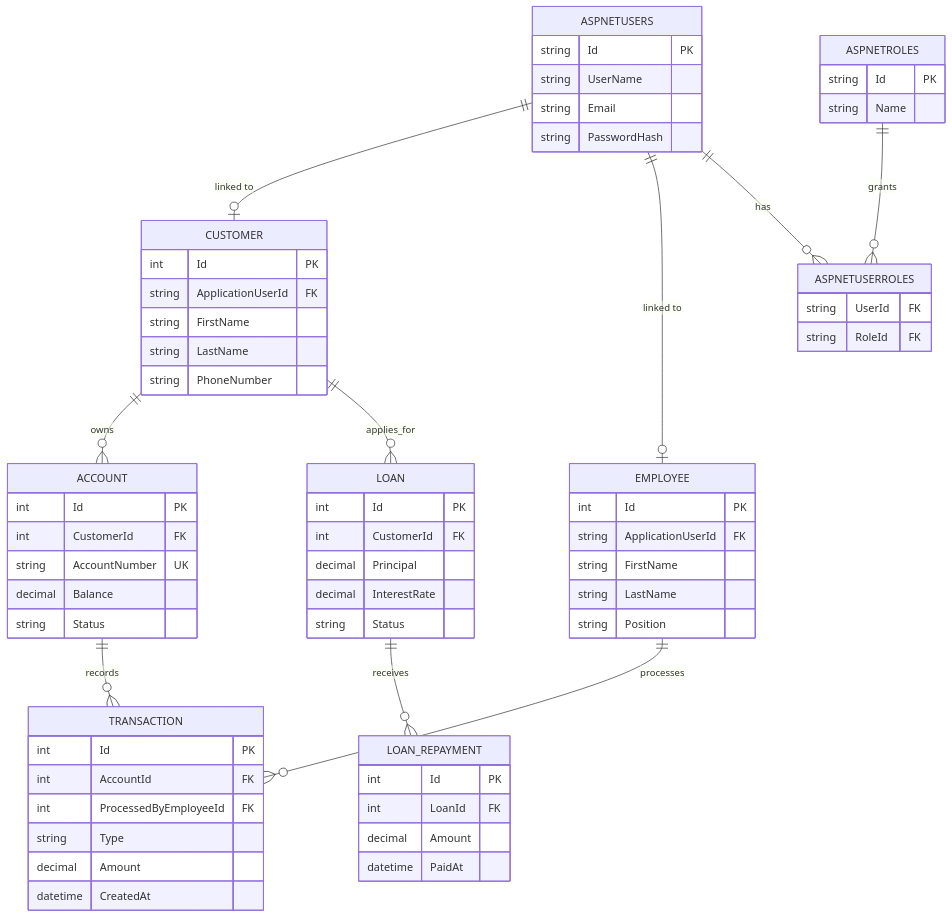
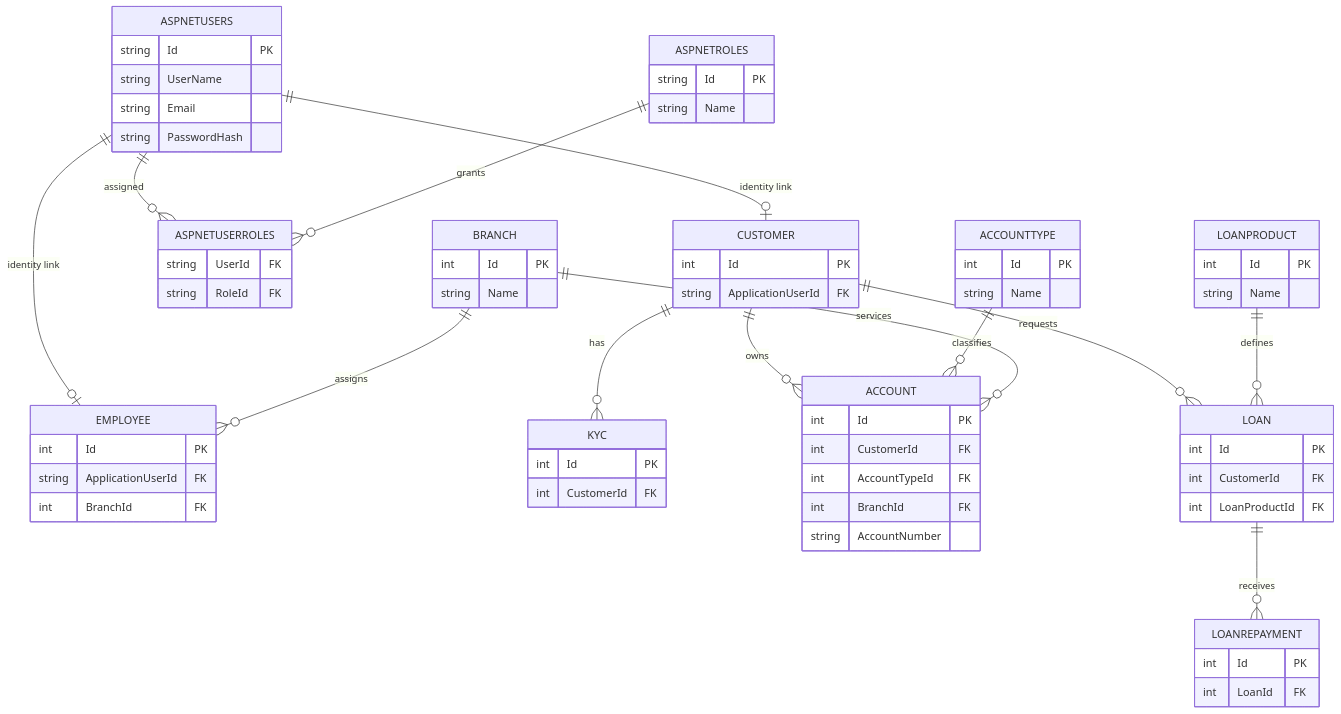
The seventh of 11 diagrams in README.md (collarfil/Saas-Micro-Finance), drawn with Mermaid before and after one commit. The commit also changed other lines of this file, not shown here.

````diff
--- a/README.md
+++ b/README.md
@@ -236,14 +541,19 @@
-```mermaid
+``` mermaid
 erDiagram
-    ASPNETUSERS ||--o| CUSTOMER : "linked to"
-    ASPNETUSERS ||--o| EMPLOYEE : "linked to"
-    ASPNETUSERS ||--o{ ASPNETUSERROLES : has
+    ASPNETUSERS ||--o| CUSTOMER : "identity link"
+    ASPNETUSERS ||--o| EMPLOYEE : "identity link"
+    ASPNETUSERS ||--o{ ASPNETUSERROLES : assigned
     ASPNETROLES ||--o{ ASPNETUSERROLES : grants
+
+    CUSTOMER ||--o{ KYC : has
     CUSTOMER ||--o{ ACCOUNT : owns
-    ACCOUNT ||--o{ TRANSACTION : records
-    CUSTOMER ||--o{ LOAN : applies_for
-    LOAN ||--o{ LOAN_REPAYMENT : receives
-    EMPLOYEE ||--o{ TRANSACTION : processes
+    ACCOUNTTYPE ||--o{ ACCOUNT : classifies
+    CUSTOMER ||--o{ LOAN : requests
+    LOANPRODUCT ||--o{ LOAN : defines
+    LOAN ||--o{ LOANREPAYMENT : receives
+
+    BRANCH ||--o{ EMPLOYEE : assigns
+    BRANCH ||--o{ ACCOUNT : services
 
     ASPNETUSERS {
         string Id PK
@@ -251,54 +561,64 @@
         string Email
         string PasswordHash
     }
+
     ASPNETROLES {
         string Id PK
         string Name
     }
+
     ASPNETUSERROLES {
         string UserId FK
         string RoleId FK
     }
+
     CUSTOMER {
         int Id PK
         string ApplicationUserId FK
-        string FirstName
-        string LastName
-        string PhoneNumber
     }
+
     EMPLOYEE {
         int Id PK
         string ApplicationUserId FK
-        string FirstName
-        string LastName
-        string Position
+        int BranchId FK
     }
+
+    KYC {
+        int Id PK
+        int CustomerId FK
+    }
+
+    ACCOUNTTYPE {
+        int Id PK
+        string Name
+    }
+
     ACCOUNT {
         int Id PK
         int CustomerId FK
-        string AccountNumber UK
-        decimal Balance
-        string Status
+        int AccountTypeId FK
+        int BranchId FK
+        string AccountNumber
     }
-    TRANSACTION {
+
+    LOANPRODUCT {
         int Id PK
-        int AccountId FK
-        int ProcessedByEmployeeId FK
-        string Type
-        decimal Amount
-        datetime CreatedAt
+        string Name
     }
+
     LOAN {
         int Id PK
         int CustomerId FK
-        decimal Principal
-        decimal InterestRate
-        string Status
+        int LoanProductId FK
     }
-    LOAN_REPAYMENT {
+
+    LOANREPAYMENT {
         int Id PK
         int LoanId FK
-        decimal Amount
-        datetime PaidAt
+    }
+
+    BRANCH {
+        int Id PK
+        string Name
     }
 ```
````
